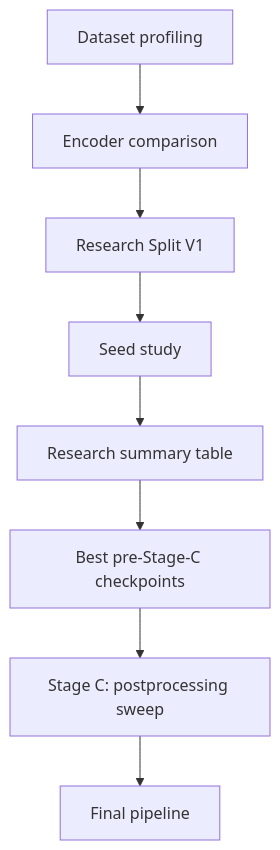
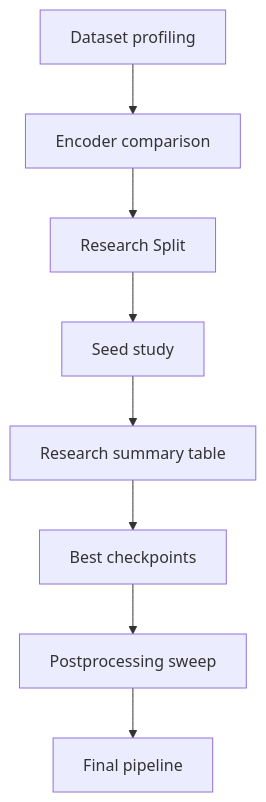
The first of 2 diagrams in 03_multiclass_segmentation_deeplab/README.md (MataNerdy/Geodata_Archaeology_CV), drawn with Mermaid before and after one commit. The commit also changed other lines of this file, not shown here.

````diff
--- a/03_multiclass_segmentation_deeplab/README.md
+++ b/03_multiclass_segmentation_deeplab/README.md
@@ -67,10 +73,10 @@
 ```mermaid
 flowchart TD
     A["Dataset profiling"] --> B["Encoder comparison"]
-    B --> C["Research Split V1"]
+    B --> C["Research Split"]
     C --> D["Seed study"]
     D --> E["Research summary table"]
-    E --> F["Best pre-Stage-C checkpoints"]
-    F --> G["Stage C: postprocessing sweep"]
+    E --> F["Best сheckpoints"]
+    F --> G["Postprocessing sweep"]
     G --> H["Final pipeline"]
 ```
````
